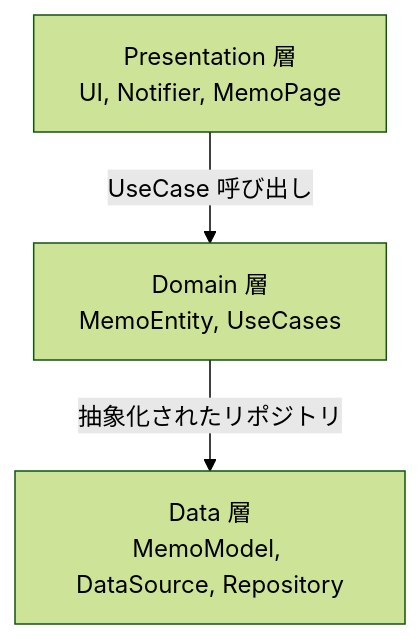
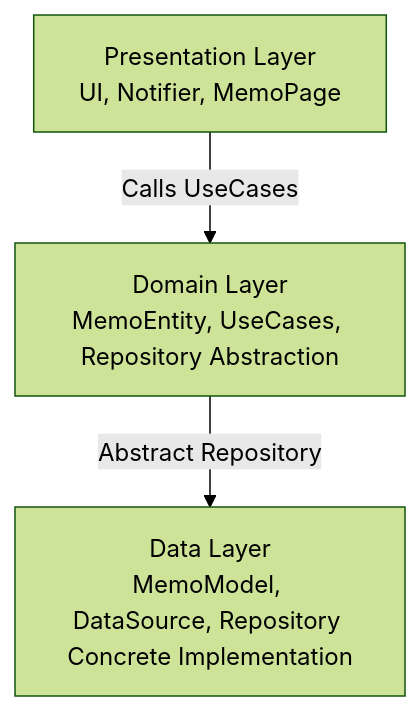
One commit to ishii-kanade/ishii-kanade.github.io changed the diagram in _posts/2025-01-19-flutter-clean-architecture.markdown. Above: the diagram before and after it, drawn with Mermaid (forest theme). The commit also changed other lines of this file, not shown here.

```diff
--- a/_posts/2025-01-19-flutter-clean-architecture.markdown
+++ b/_posts/2025-01-19-flutter-clean-architecture.markdown
@@ -35,9 +37,9 @@
 <div class="mermaid">
     graph TD
-        A[Presentation 層<br/>UI, Notifier, MemoPage]
-        B[Domain 層<br/>MemoEntity, UseCases]
-        C[Data 層<br/>MemoModel, DataSource, Repository]
+        A[Presentation Layer<br/>UI, Notifier, MemoPage]
+        B[Domain Layer<br/>MemoEntity, UseCases, Repository Abstraction]
+        C[Data Layer<br/>MemoModel, DataSource, Repository Concrete Implementation]
 
-        A -->|UseCase 呼び出し| B
-        B -->|抽象化されたリポジトリ| C
+        A -->|Calls UseCases| B
+        B -->|Abstract Repository| C
 </div>
```
